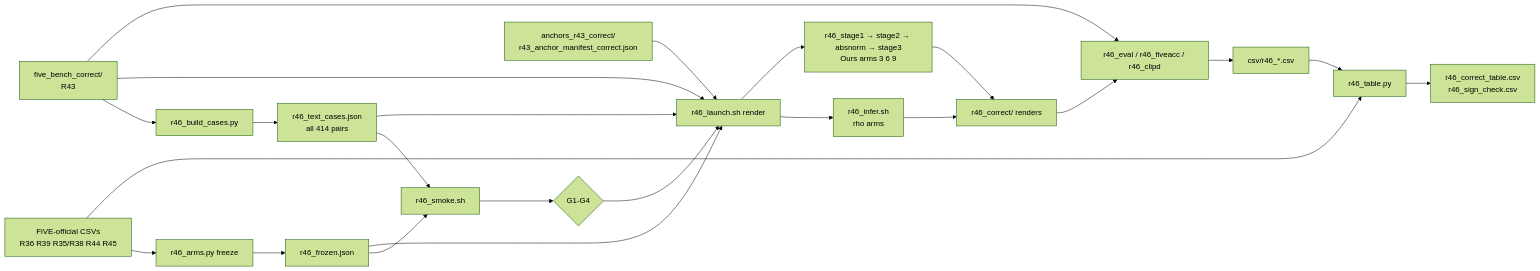
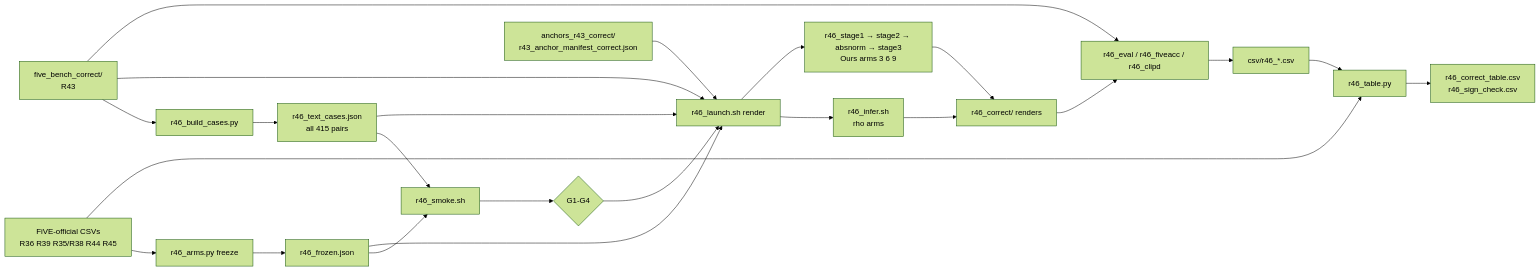
One commit to skhairi2k/StreamEdit_new changed the diagram in .claude/plans/r46-five-bench-correct-streamedit-inference_b7e19c42.plan.md. Above: the diagram before and after it, drawn with Mermaid (forest theme). The commit also changed other lines of this file and 63 other files, not shown here.

````diff
--- a/.claude/plans/r46-five-bench-correct-streamedit-inference_b7e19c42.plan.md
+++ b/.claude/plans/r46-five-bench-correct-streamedit-inference_b7e19c42.plan.md
@@ -242,22 +242,22 @@
 ```mermaid
 flowchart LR
   OFF[FiVE-official CSVs<br/>R36 R39 R35/R38 R44 R45] --> FR[r46_arms.py freeze] --> FJ[r46_frozen.json]
-  FC[five_bench_correct/<br/>R43] --> BC[r46_build_cases.py] --> TC[r46_text_cases.json<br/>all 414 pairs]
+  FC[five_bench_correct/<br/>R43] --> BC[r46_build_cases.py] --> TC[r46_text_cases.json<br/>all 415 pairs]
   FJ --> SM[r46_smoke.sh] --> G{G1-G4}
   TC --> SM
   G --> LA[r46_launch.sh render]
   FJ --> LA
   AC[anchors_r43_correct/<br/>r43_anchor_manifest_correct.json] --> LA
   FC --> LA
   TC --> LA
   LA --> INF[r46_infer.sh<br/>rho arms]
   LA --> OURS[r46_stage1 → stage2 → absnorm → stage3<br/>Ours arms 3 6 9]
   INF --> R[r46_correct/ renders]
   OURS --> R
   R --> EV[r46_eval / r46_fiveacc / r46_clipd]
   FC --> EV
   EV --> CSV[csv/r46_*.csv]
   CSV --> TB[r46_table.py]
   OFF --> TB
   TB --> OUT[r46_correct_table.csv<br/>r46_sign_check.csv]
 ```
````
